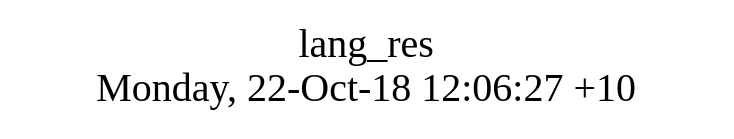
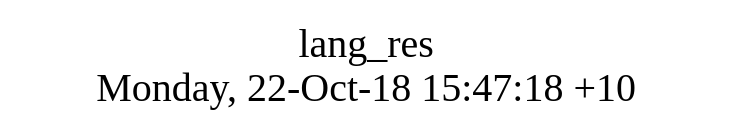
Before and after one commit to AplaProject/apps: the diagram in src/lang_res/struct.dot, drawn with Graphviz. The commit also changed 7 other files, not shown here.

```diff
--- a/src/lang_res/struct.dot
+++ b/src/lang_res/struct.dot
@@ -1,8 +1,8 @@
 digraph G {
 fontsize="24";
-label="lang_res\nMonday, 22-Oct-18 12:06:27 +10";
+label="lang_res\nMonday, 22-Oct-18 15:47:18 +10";
 nojustify=true;
 ordering=out;
 rankdir=LR;
 size="30";
 }
```
